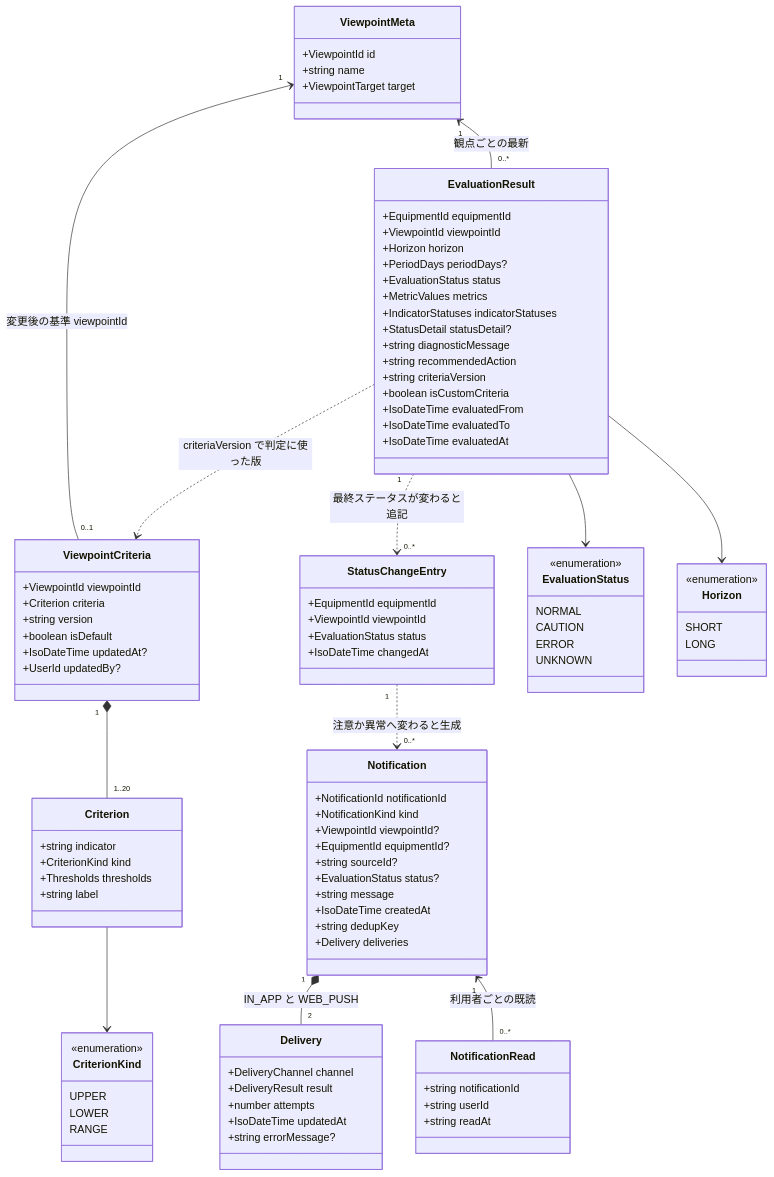
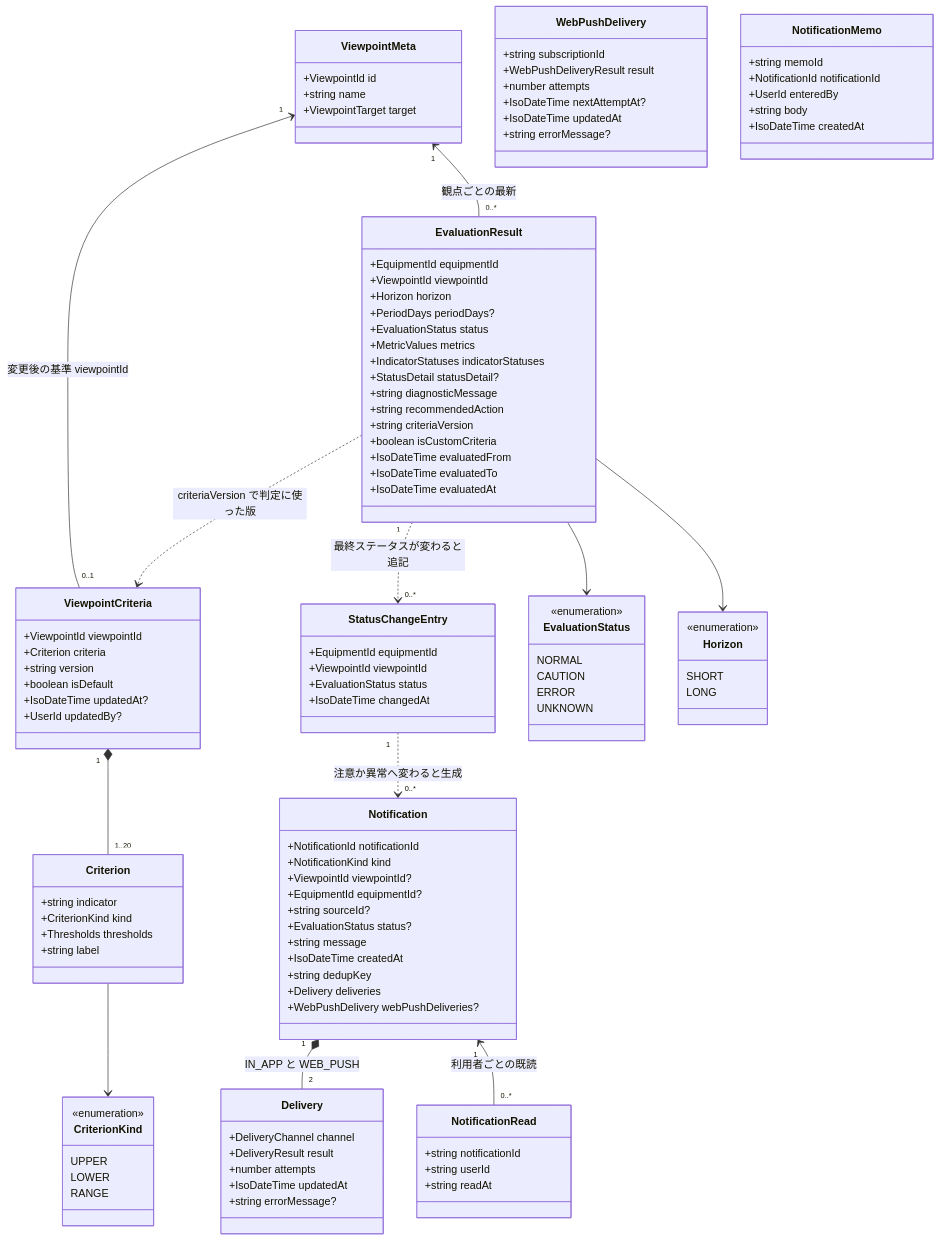
The fifth of 46 diagrams in docs/10_design/architecture/as-built.md (NS-APU/smart-farm-monitoring), drawn with Mermaid before and after one commit. The commit also changed other lines of this file and 11 other files, not shown here.

```diff
--- a/docs/10_design/architecture/as-built.md
+++ b/docs/10_design/architecture/as-built.md
@@ -622,6 +622,22 @@
     +IsoDateTime createdAt
     +string dedupKey
     +Delivery deliveries
+    +WebPushDelivery webPushDeliveries?
+  }
+  class WebPushDelivery {
+    +string subscriptionId
+    +WebPushDeliveryResult result
+    +number attempts
+    +IsoDateTime nextAttemptAt?
+    +IsoDateTime updatedAt
+    +string errorMessage?
+  }
+  class NotificationMemo {
+    +string memoId
+    +NotificationId notificationId
+    +UserId enteredBy
+    +string body
+    +IsoDateTime createdAt
   }
   class Delivery {
     +DeliveryChannel channel
```
